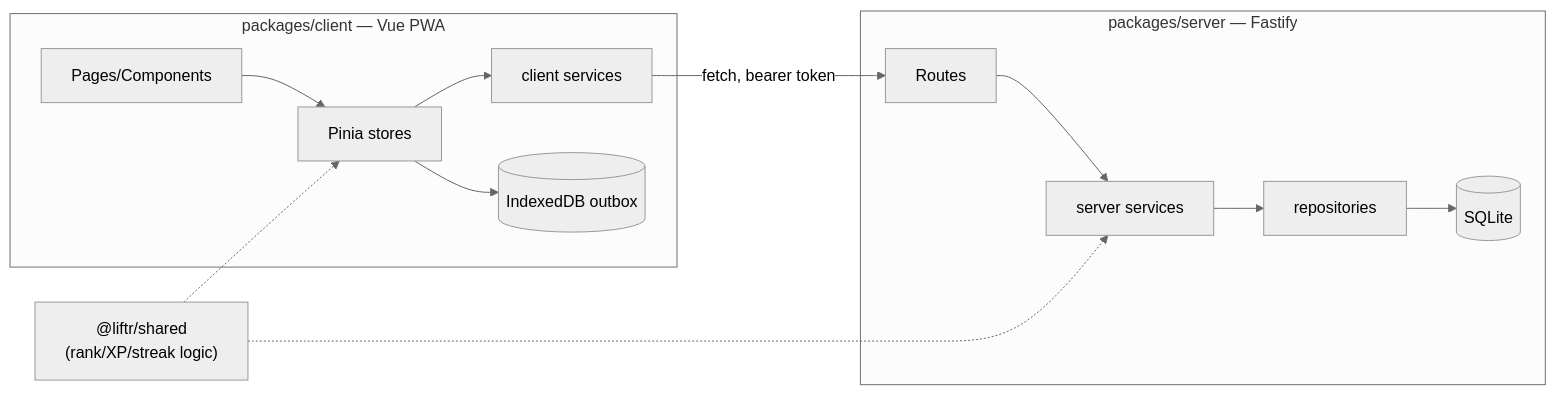
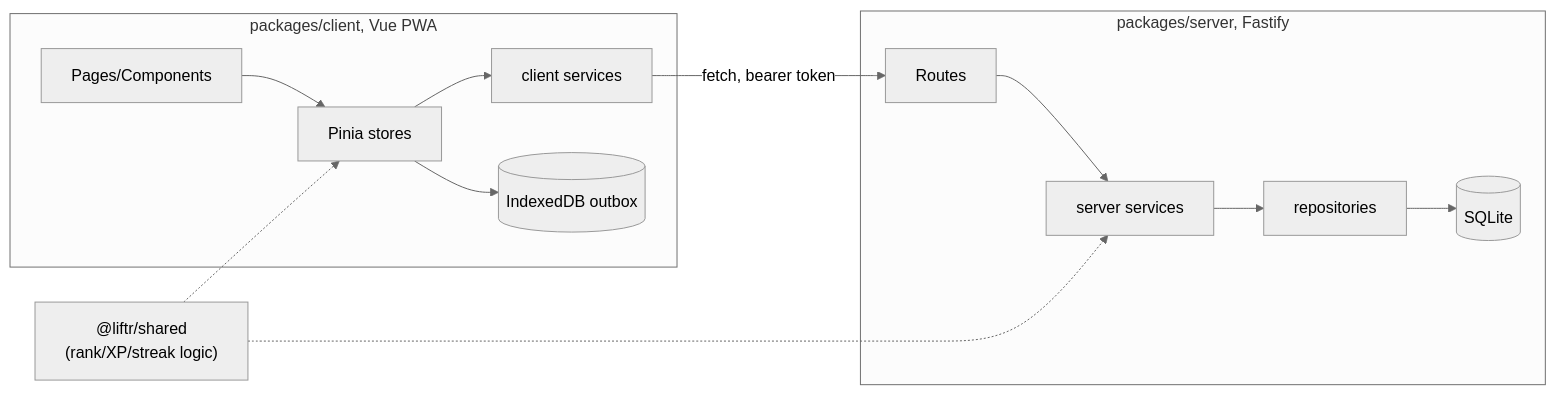
One commit to LetsGaming/liftr changed the diagram in docs/ARCHITECTURE.md. Above: the diagram before and after it, drawn with Mermaid (neutral theme). The commit also changed other lines of this file and 547 other files, not shown here.

````diff
--- a/docs/ARCHITECTURE.md
+++ b/docs/ARCHITECTURE.md
@@ -21,16 +21,16 @@
 ```mermaid
 flowchart LR
-    subgraph Client [packages/client — Vue PWA]
+    subgraph Client [packages/client, Vue PWA]
         UI[Pages/Components] --> Stores[Pinia stores]
         Stores --> Services[client services]
         Stores --> IDB[(IndexedDB outbox)]
     end
     Services -- "fetch, bearer token" --> API
-    subgraph Server [packages/server — Fastify]
+    subgraph Server [packages/server, Fastify]
         API[Routes] --> SvcS[server services]
         SvcS --> Repos[repositories]
         Repos --> DB[(SQLite)]
     end
     Shared["@liftr/shared\n(rank/XP/streak logic)"] -.-> Stores
     Shared -.-> SvcS
 ```
````
